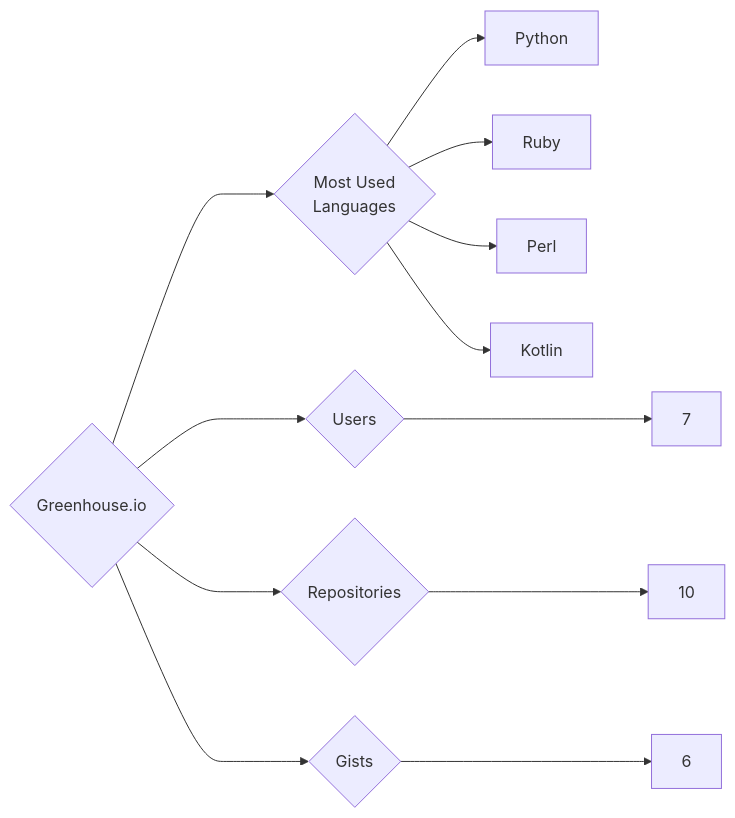
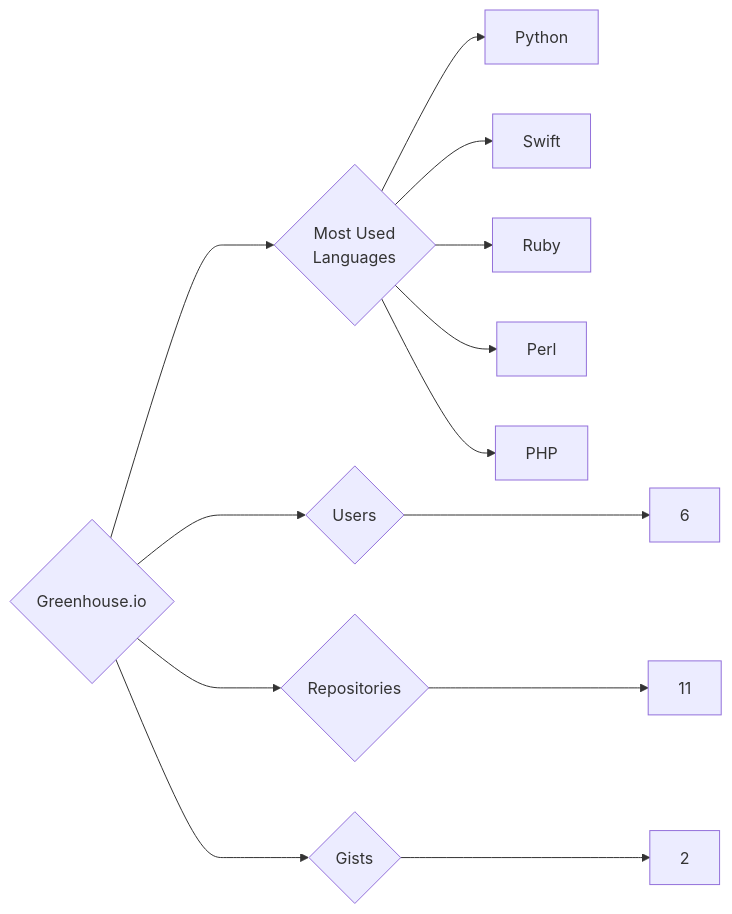
One commit to trickest/insiders changed the diagram in targets/Greenhouse.io/README.md. Above: the diagram before and after it, drawn with Mermaid. The commit also changed 998 other files, not shown here.

````diff
--- a/targets/Greenhouse.io/README.md
+++ b/targets/Greenhouse.io/README.md
@@ -3,12 +3,13 @@
 ```mermaid
 graph LR
 COMPANY_NAME{Greenhouse.io}
-COMPANY_NAME ---> U{Users} ---> UN[7]
-COMPANY_NAME ---> R{Repositories} ---> RN[10]
-COMPANY_NAME ---> G{Gists} ---> GN[6]
+COMPANY_NAME ---> U{Users} ---> UN[6]
+COMPANY_NAME ---> R{Repositories} ---> RN[11]
+COMPANY_NAME ---> G{Gists} ---> GN[2]
 COMPANY_NAME ---> ML{Most Used<br>Languages}
 ML --> Python[Python]
+ML --> Swift[Swift]
 ML --> Ruby[Ruby]
 ML --> Perl[Perl]
-ML --> Kotlin[Kotlin]
+ML --> PHP[PHP]
 ```
````
